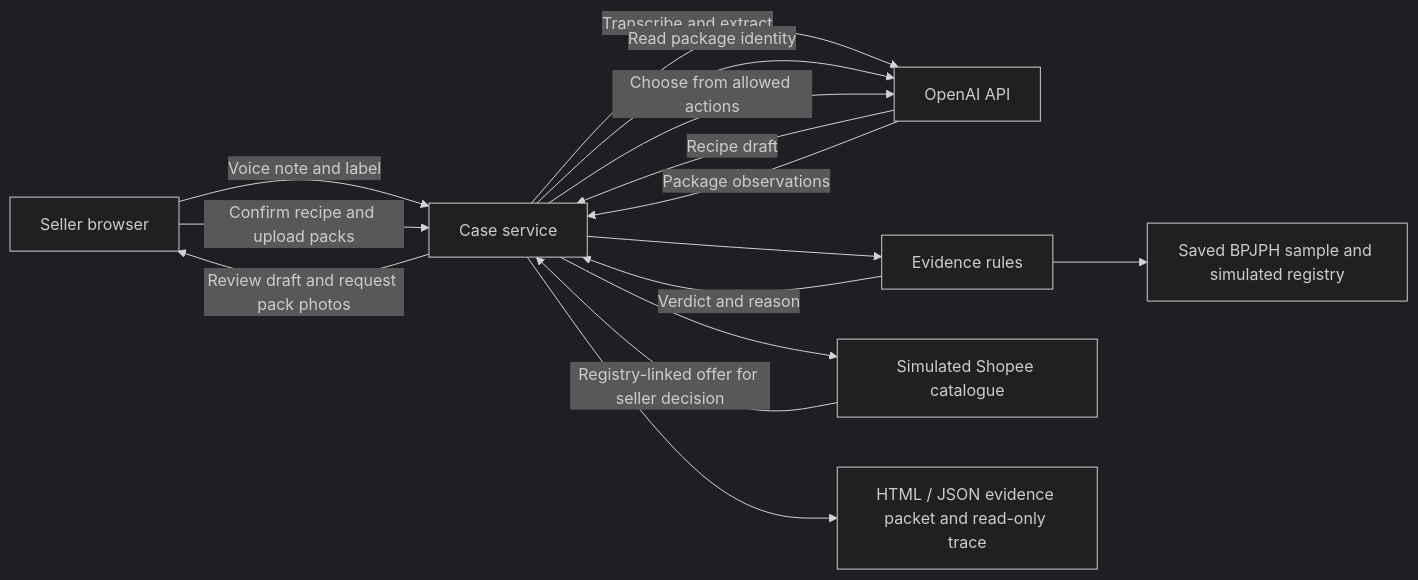
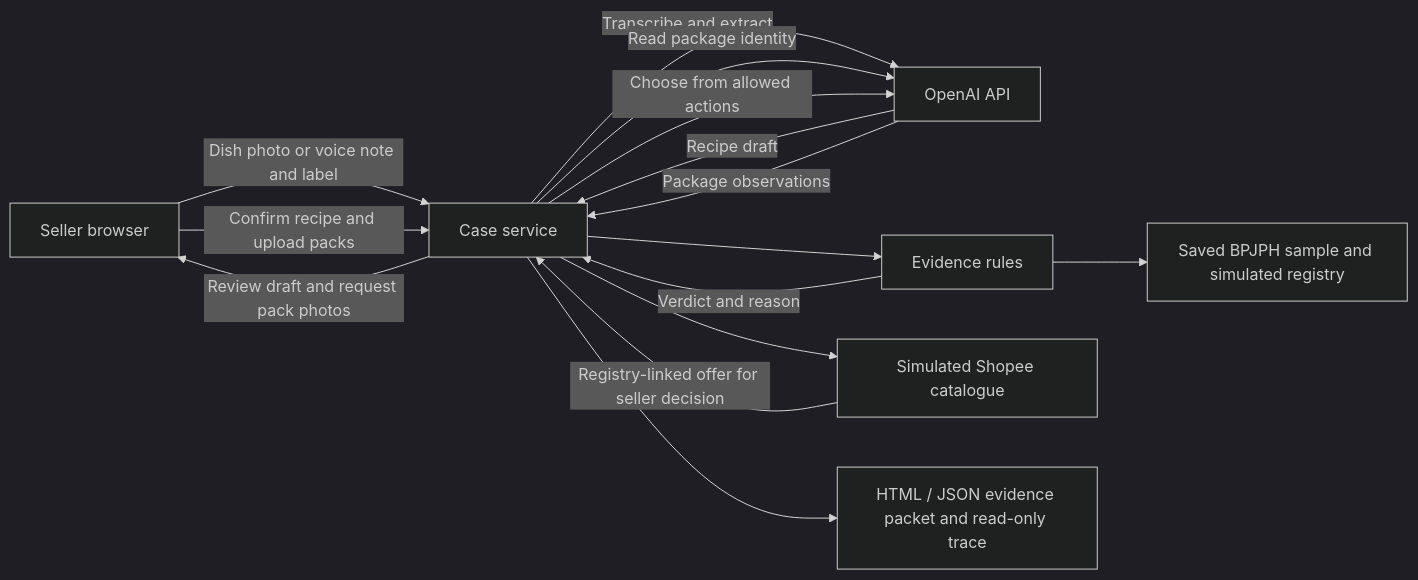
Before and after one commit to galihcitta/telusur-halal: the diagram in README.md, drawn with Mermaid (dark theme). The commit also changed other lines of this file and 10 other files, not shown here.

Commit message:
Add cooked dish photo intake (#10)

````diff
--- a/README.md
+++ b/README.md
@@ -11,17 +11,17 @@
 ```mermaid
 flowchart LR
-    Seller["Seller browser"] -->|"Voice note and label"| Case["Case service"]
+    Seller["Seller browser"] -->|"Dish photo or voice note and label"| Case["Case service"]
     Case -->|"Transcribe and extract"| AI["OpenAI API"]
     AI -->|"Recipe draft"| Case
     Case -->|"Review draft and request pack photos"| Seller
     Seller -->|"Confirm recipe and upload packs"| Case
     Case -->|"Read package identity"| AI
     AI -->|"Package observations"| Case
     Case --> Rules["Evidence rules"]
     Rules --> Data["Saved BPJPH sample and simulated registry"]
     Rules -->|"Verdict and reason"| Case
     Case -->|"Choose from allowed actions"| AI
     Case --> Shop["Simulated Shopee catalogue"]
     Shop -->|"Registry-linked offer for seller decision"| Case
     Case --> Export["HTML / JSON evidence packet and read-only trace"]
 ```
````
